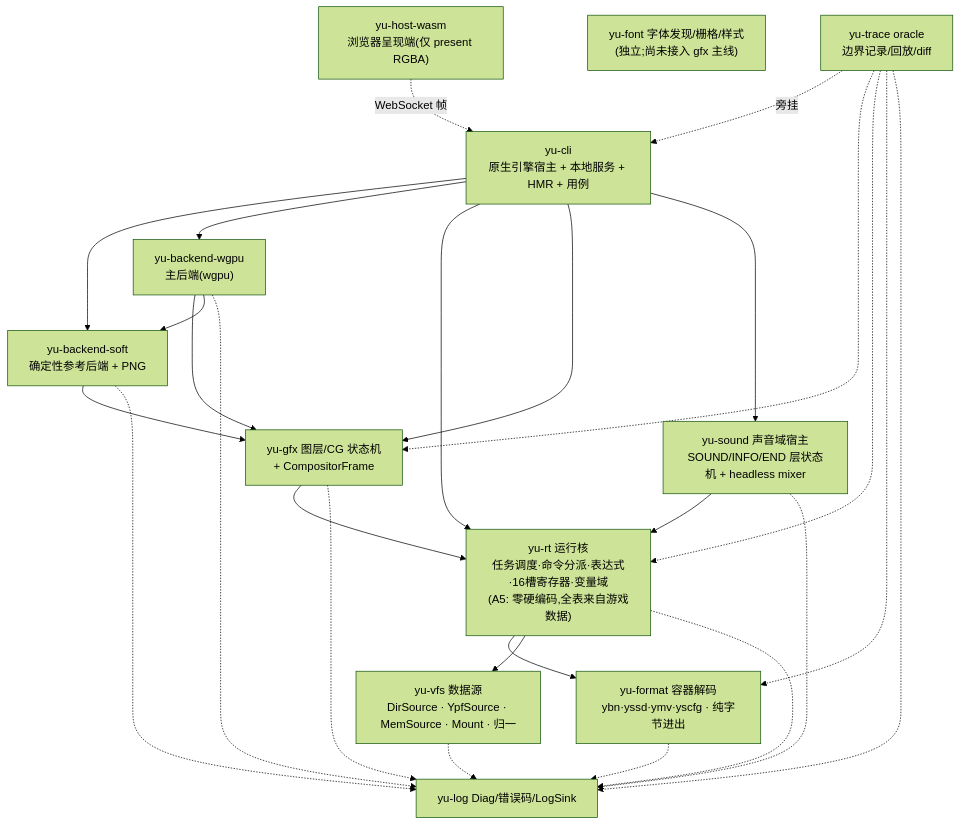
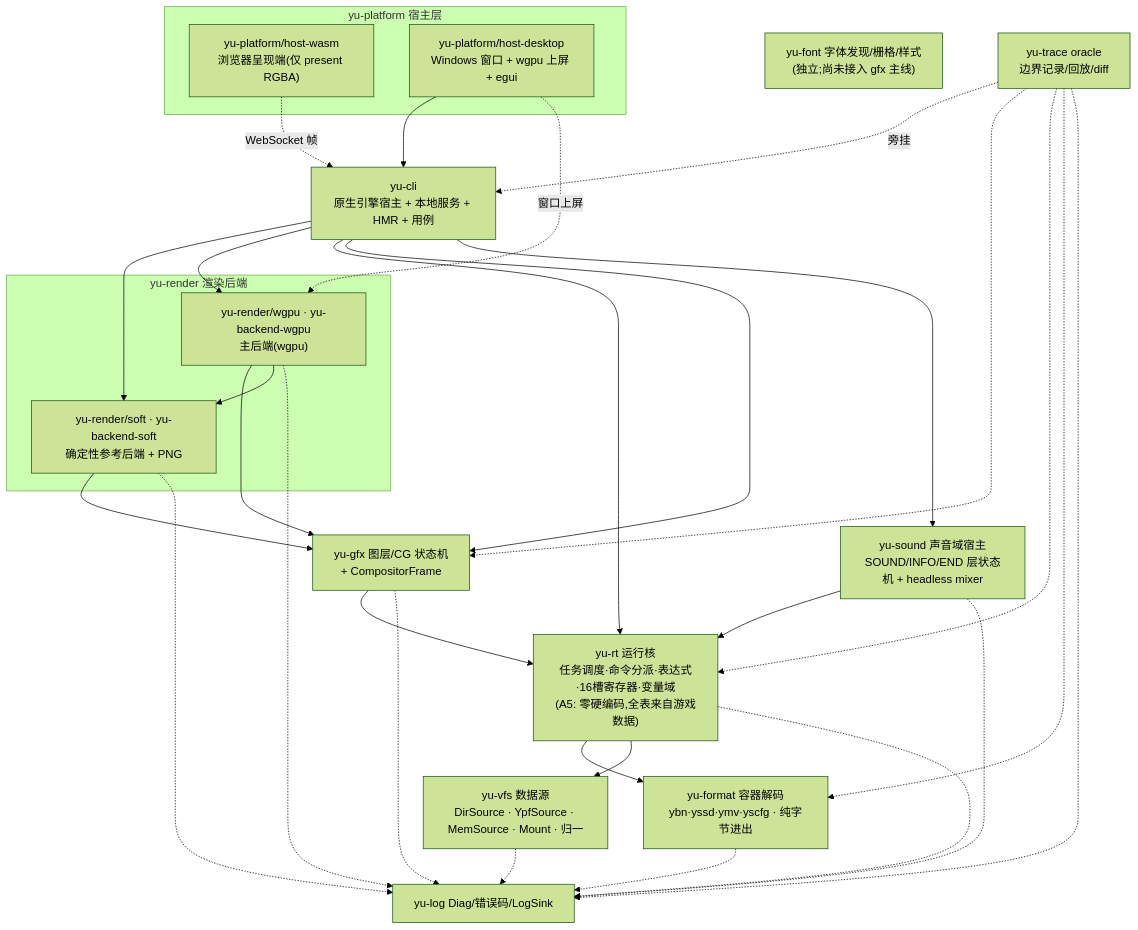
The diagram in docs/architecture.md (NotFaceGUI/yuris-kernel), drawn with Mermaid (forest theme) before and after one commit. The commit also changed other lines of this file and 66 other files, not shown here.

First line of the commit message:
feat(platform,audio,rt): Windows 桌面宿主 + 音频回调播放 + 渲染/宿主分层

````diff
--- a/docs/architecture.md
+++ b/docs/architecture.md
@@ -59,41 +61,48 @@
 ```mermaid
 flowchart TD
-    HOSTWASM["yu-host-wasm<br/>浏览器呈现端(仅 present RGBA)"]
+    subgraph PLATFORM["yu-platform 宿主层"]
+        HOSTWASM["yu-platform/host-wasm<br/>浏览器呈现端(仅 present RGBA)"]
+        HOSTDESKTOP["yu-platform/host-desktop<br/>Windows 窗口 + wgpu 上屏 + egui"]
+    end
     CLI["yu-cli<br/>原生引擎宿主 + 本地服务 + HMR + 用例"]
     GFX["yu-gfx 图层/CG 状态机<br/>+ CompositorFrame"]
     SND["yu-sound 声音域宿主<br/>SOUND/INFO/END 层状态机 + headless mixer"]
-    SOFT["yu-backend-soft<br/>确定性参考后端 + PNG"]
-    WGPU["yu-backend-wgpu<br/>主后端(wgpu)"]
+    subgraph RENDER["yu-render 渲染后端"]
+        SOFT["yu-render/soft · yu-backend-soft<br/>确定性参考后端 + PNG"]
+        WGPU["yu-render/wgpu · yu-backend-wgpu<br/>主后端(wgpu)"]
+    end
     RT["yu-rt 运行核<br/>任务调度·命令分派·表达式·16槽寄存器·变量域<br/>(A5: 零硬编码,全表来自游戏数据)"]
     FMT["yu-format 容器解码<br/>ybn·yssd·ymv·yscfg · 纯字节进出"]
     VFS["yu-vfs 数据源<br/>DirSource · YpfSource · MemSource · Mount · 归一"]
     FONT["yu-font 字体发现/栅格/样式<br/>(独立;尚未接入 gfx 主线)"]
     TRC["yu-trace oracle<br/>边界记录/回放/diff"]
     LOG["yu-log Diag/错误码/LogSink"]
 
     HOSTWASM -.->|WebSocket 帧| CLI
+    HOSTDESKTOP --> CLI
+    HOSTDESKTOP -.->|窗口上屏| WGPU
     CLI --> SOFT
     CLI --> WGPU
     CLI --> RT
     CLI --> GFX
     CLI --> SND
     SND --> RT
     SOFT --> GFX
     WGPU --> GFX
     WGPU --> SOFT
     GFX --> RT
     RT --> FMT
     RT --> VFS
     TRC -.->|旁挂| CLI
     TRC -.-> GFX
     TRC -.-> RT
     TRC -.-> FMT
     GFX -.-> LOG
     SND -.-> LOG
     SOFT -.-> LOG
     WGPU -.-> LOG
     RT -.-> LOG
     FMT -.-> LOG
     VFS -.-> LOG
     TRC -.-> LOG
 ```
````
